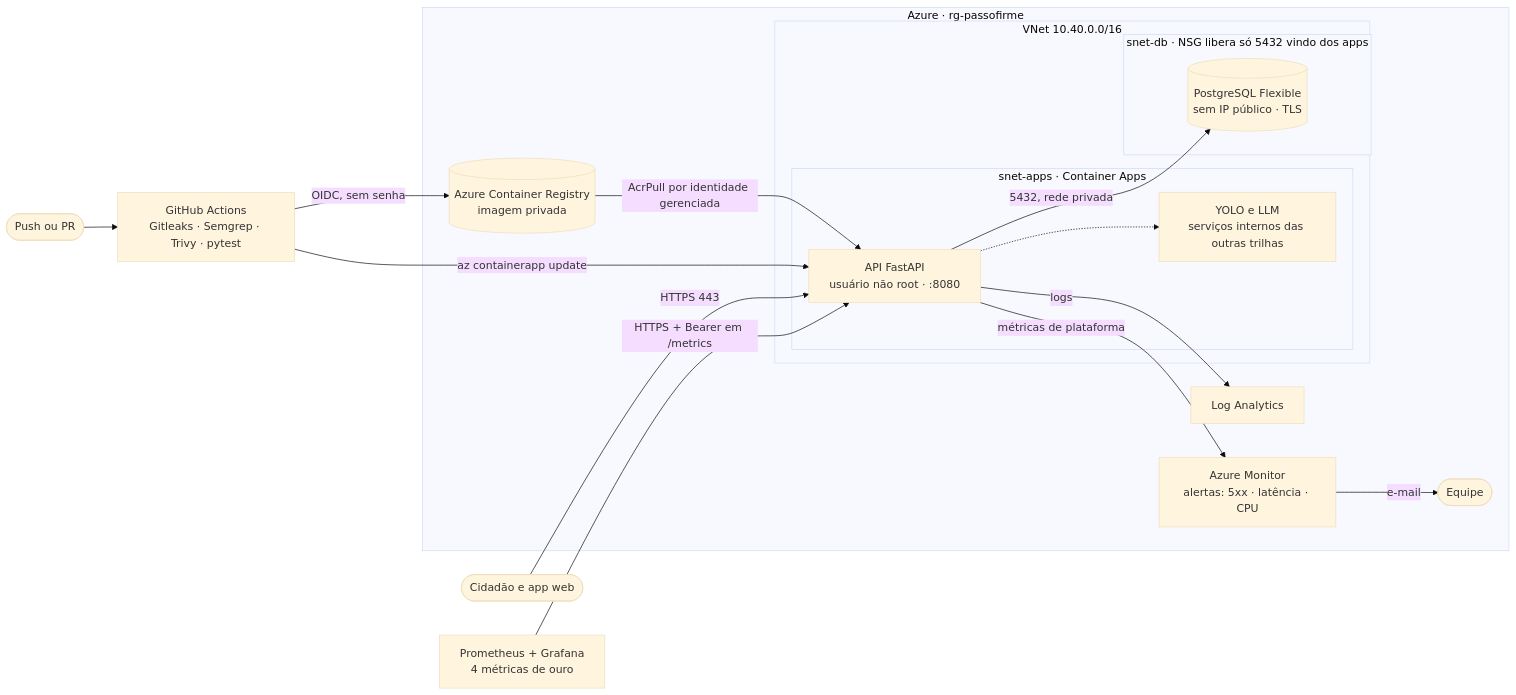
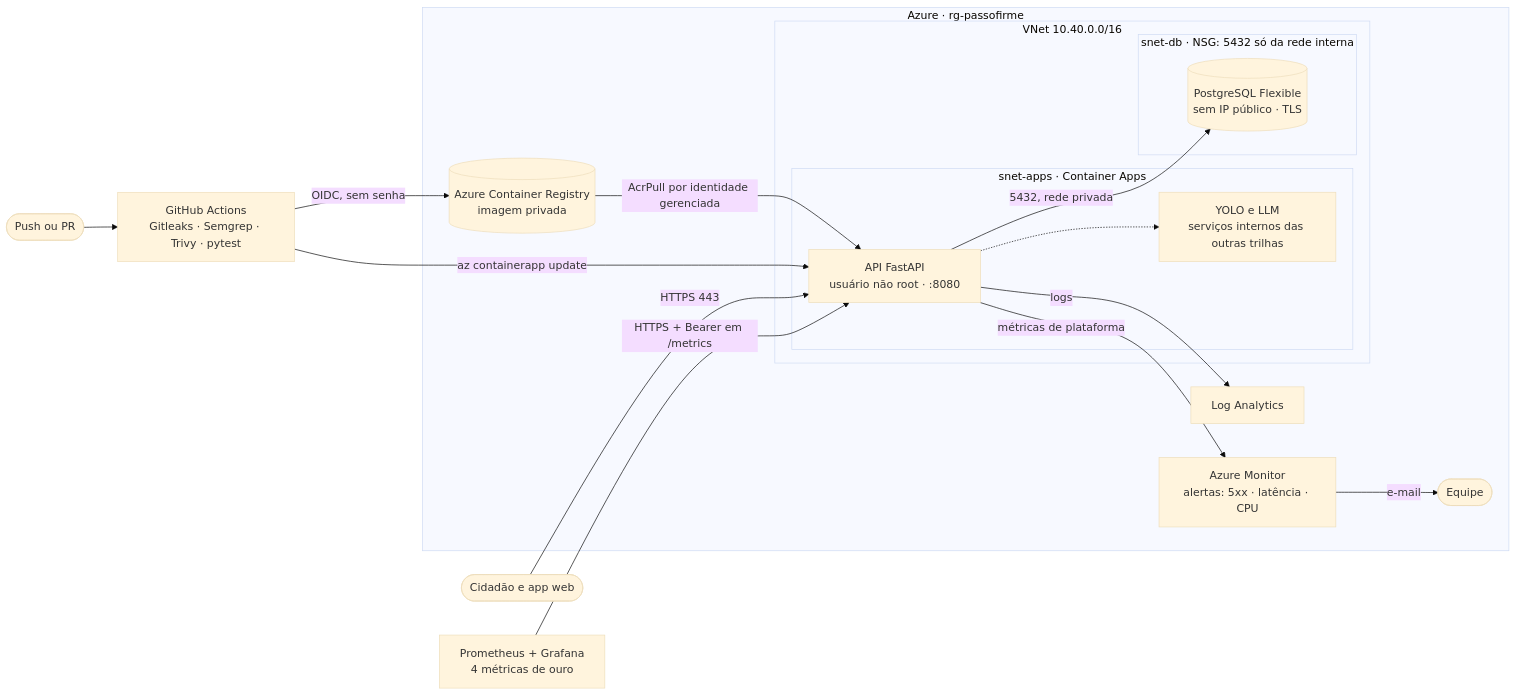
One commit to predowss/passo-firme changed the diagram in README.md. Above: the diagram before and after it, drawn with Mermaid (base theme). The commit also changed 1 other file, not shown here.

Commit message:
Docs: HTTP redireciona para HTTPS; NSG libera só a rede interna

````diff
--- a/README.md
+++ b/README.md
@@ -37,27 +37,27 @@
 ```mermaid
 flowchart LR
   dev([Push ou PR]) --> gha[GitHub Actions<br/>Gitleaks · Semgrep · Trivy · pytest]
   gha -->|OIDC, sem senha| acr[(Azure Container Registry<br/>imagem privada)]
   gha -->|az containerapp update| api
   cidadao([Cidadão e app web]) -->|HTTPS 443| api
 
   subgraph azure["Azure · rg-passofirme"]
     subgraph vnet["VNet 10.40.0.0/16"]
       subgraph snetapps["snet-apps · Container Apps"]
         api[API FastAPI<br/>usuário não root · :8080]
         ia[YOLO e LLM<br/>serviços internos das outras trilhas]
       end
-      subgraph snetdb["snet-db · NSG libera só 5432 vindo dos apps"]
+      subgraph snetdb["snet-db · NSG: 5432 só da rede interna"]
         pg[(PostgreSQL Flexible<br/>sem IP público · TLS)]
       end
     end
     acr -->|AcrPull por identidade gerenciada| api
     api -->|5432, rede privada| pg
     api -.-> ia
     api -->|logs| law[Log Analytics]
     api -->|métricas de plataforma| mon[Azure Monitor<br/>alertas: 5xx · latência · CPU]
     mon -->|e-mail| equipe([Equipe])
   end
 
   prom[Prometheus + Grafana<br/>4 métricas de ouro] -->|HTTPS + Bearer em /metrics| api
 ```
````
